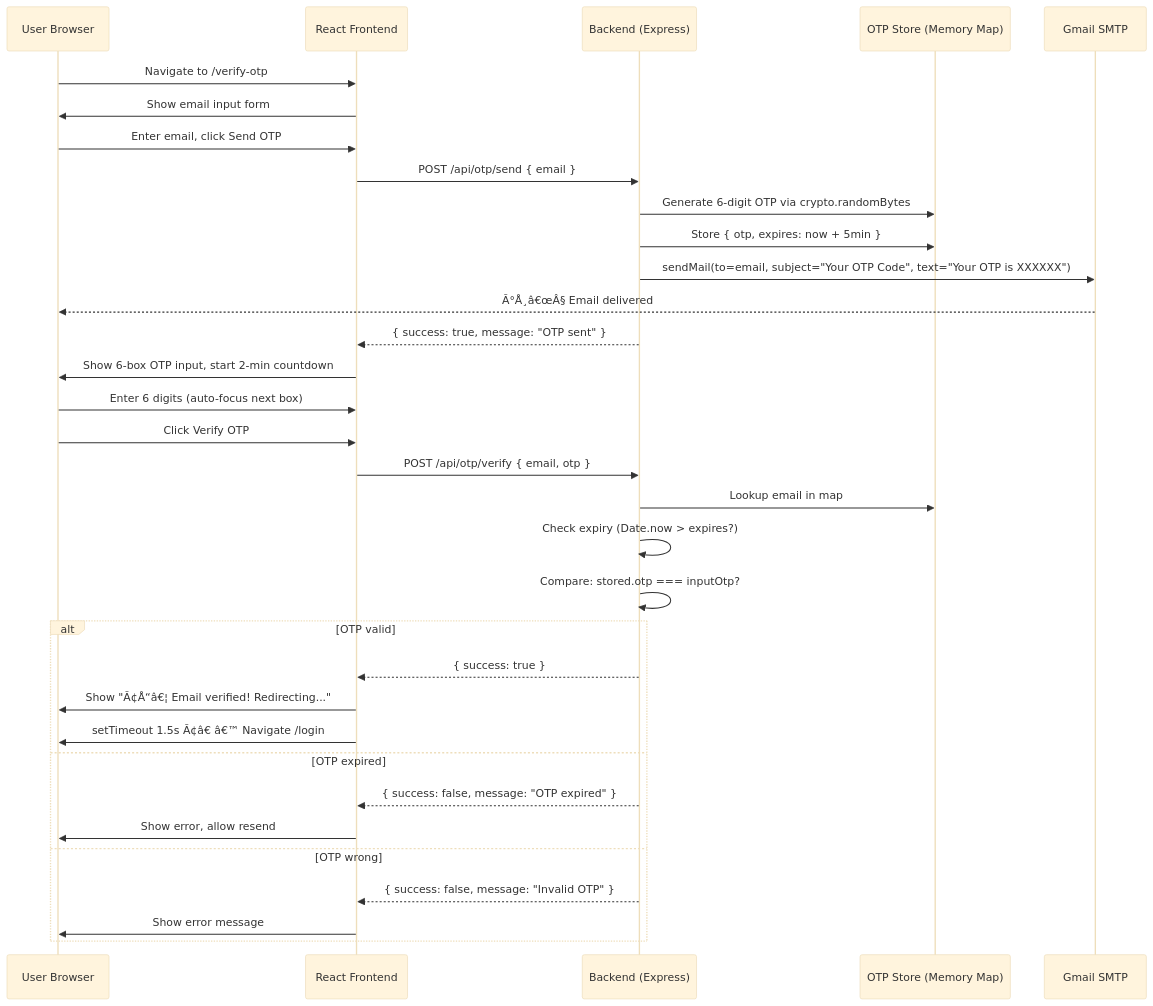
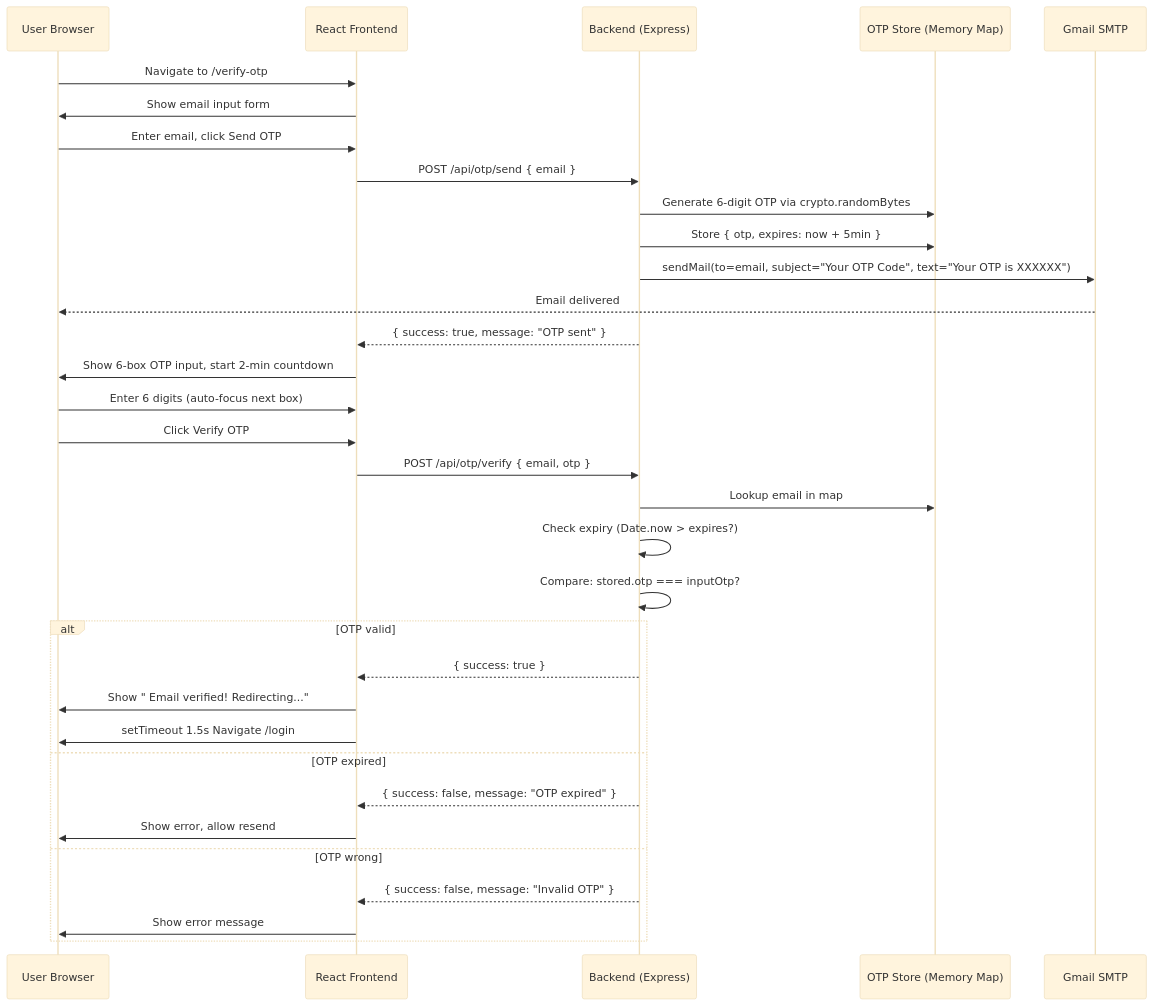
The fifth of 21 diagrams in PROCESS_FLOWS.md (sivamaniganjerupalli/simplified-microloans), drawn with Mermaid (base theme) before and after one commit. The commit also changed other lines of this file and 14 other files, not shown here.

````diff
--- a/PROCESS_FLOWS.md
+++ b/PROCESS_FLOWS.md
@@ -166,41 +166,41 @@
 ```mermaid
 sequenceDiagram
     participant U as User Browser
     participant FE as React Frontend
     participant BE as Backend (Express)
     participant Store as OTP Store (Memory Map)
     participant SMTP as Gmail SMTP
 
     U->>FE: Navigate to /verify-otp
     FE->>U: Show email input form
     U->>FE: Enter email, click Send OTP
 
     FE->>BE: POST /api/otp/send { email }
     BE->>Store: Generate 6-digit OTP via crypto.randomBytes
     BE->>Store: Store { otp, expires: now + 5min }
     BE->>SMTP: sendMail(to=email, subject="Your OTP Code", text="Your OTP is XXXXXX")
-    SMTP-->>U: Ã°Å¸â€œÂ§ Email delivered
+    SMTP-->>U:  Email delivered
 
     BE-->>FE: { success: true, message: "OTP sent" }
     FE->>U: Show 6-box OTP input, start 2-min countdown
 
     U->>FE: Enter 6 digits (auto-focus next box)
     U->>FE: Click Verify OTP
 
     FE->>BE: POST /api/otp/verify { email, otp }
     BE->>Store: Lookup email in map
     BE->>BE: Check expiry (Date.now > expires?)
     BE->>BE: Compare: stored.otp === inputOtp?
 
     alt OTP valid
         BE-->>FE: { success: true }
-        FE->>U: Show "Ã¢Å“â€¦ Email verified! Redirecting..."
-        FE->>U: setTimeout 1.5s Ã¢â€ â€™ Navigate /login
+        FE->>U: Show " Email verified! Redirecting..."
+        FE->>U: setTimeout 1.5s  Navigate /login
     else OTP expired
         BE-->>FE: { success: false, message: "OTP expired" }
         FE->>U: Show error, allow resend
     else OTP wrong
         BE-->>FE: { success: false, message: "Invalid OTP" }
         FE->>U: Show error message
     end
 ```
````
